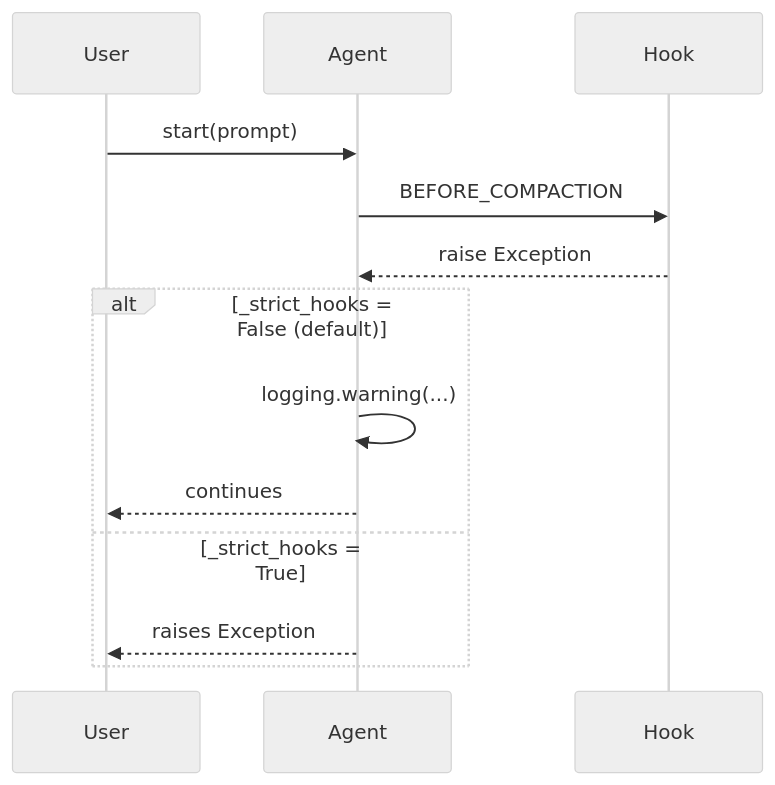
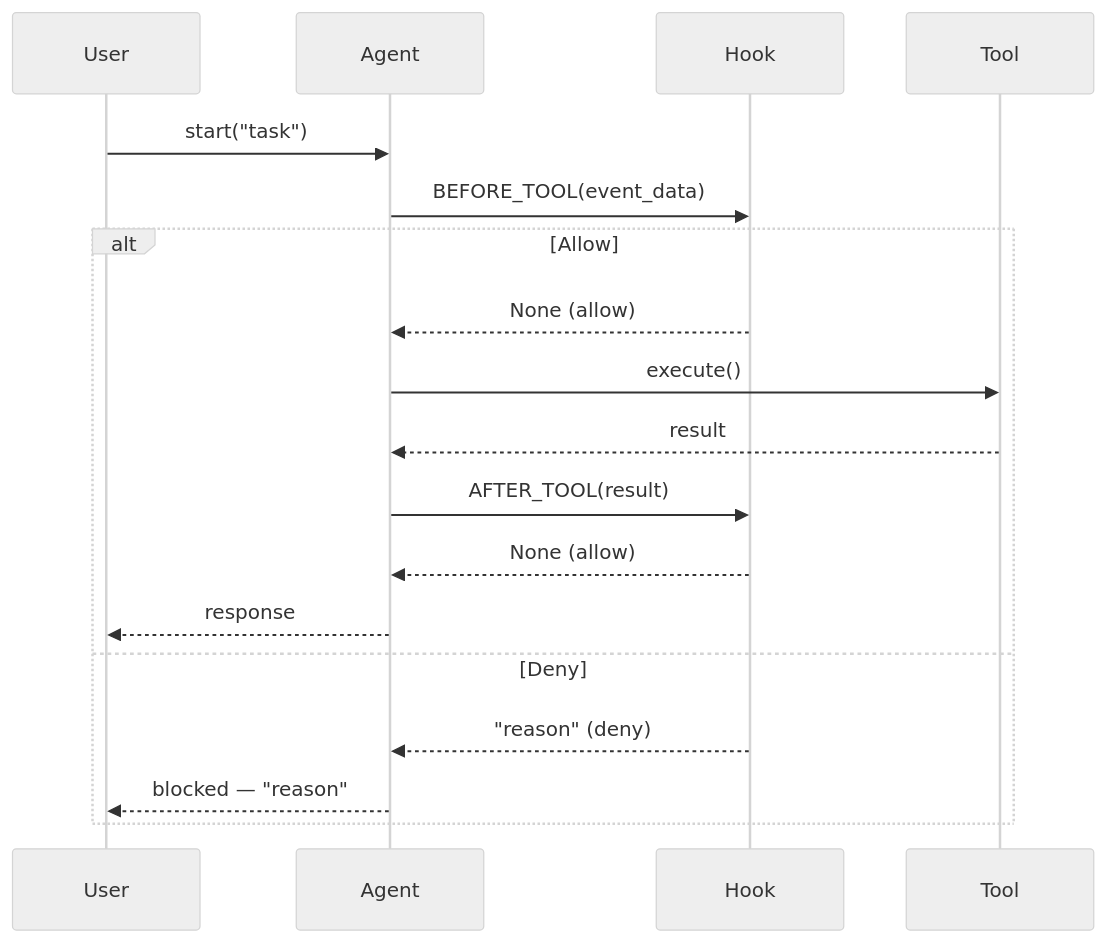
The second of 2 diagrams in docs/features/hooks.mdx (MervinPraison/PraisonAIDocs), drawn with Mermaid (neutral theme) before and after one commit. The commit also changed other lines of this file and 5 other files, not shown here.

````diff
--- a/docs/features/hooks.mdx
+++ b/docs/features/hooks.mdx
@@ -432,15 +92,21 @@
 ```mermaid
 sequenceDiagram
     participant User
     participant Agent
     participant Hook
-    User->>Agent: start(prompt)
-    Agent->>Hook: BEFORE_COMPACTION
-    Hook-->>Agent: raise Exception
-    alt _strict_hooks = False (default)
-        Agent->>Agent: logging.warning(...)
-        Agent-->>User: continues
-    else _strict_hooks = True
-        Agent-->>User: raises Exception
+    participant Tool
+
+    User->>Agent: start("task")
+    Agent->>Hook: BEFORE_TOOL(event_data)
+    alt Allow
+        Hook-->>Agent: None (allow)
+        Agent->>Tool: execute()
+        Tool-->>Agent: result
+        Agent->>Hook: AFTER_TOOL(result)
+        Hook-->>Agent: None (allow)
+        Agent-->>User: response
+    else Deny
+        Hook-->>Agent: "reason" (deny)
+        Agent-->>User: blocked — "reason"
     end
 ```
````
